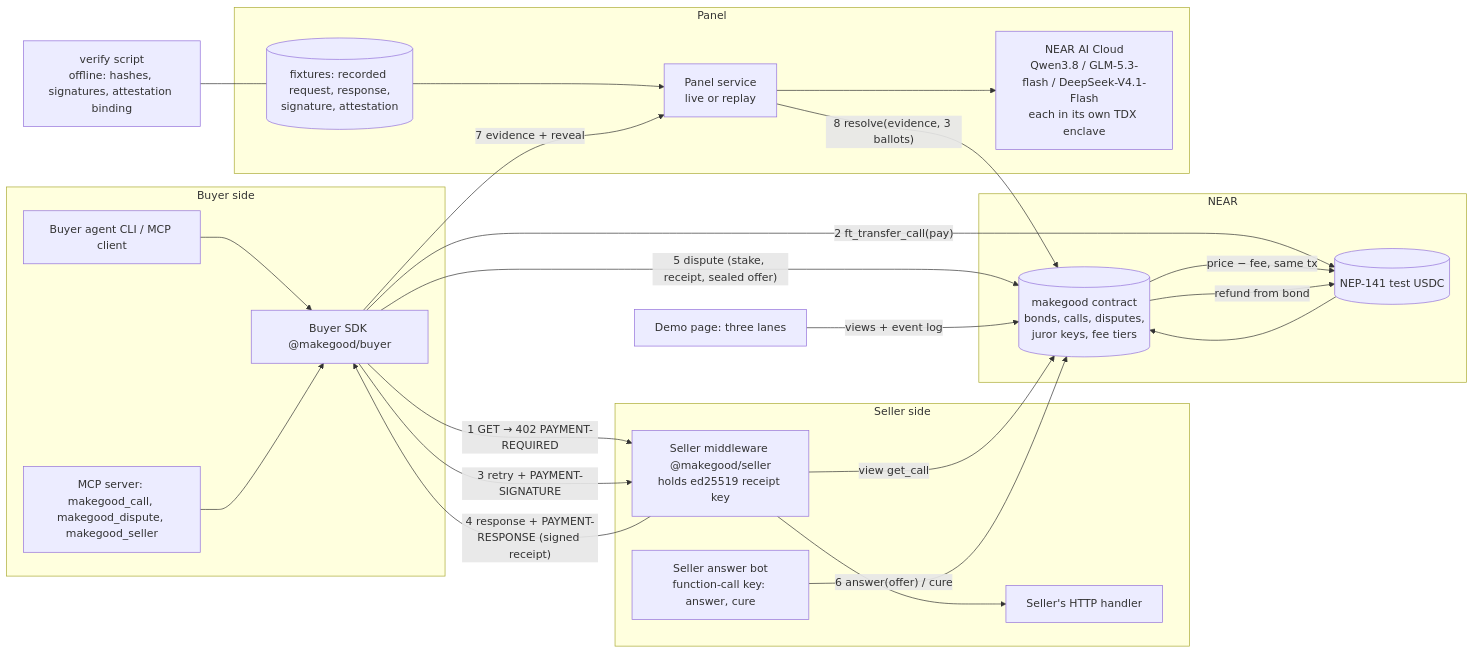
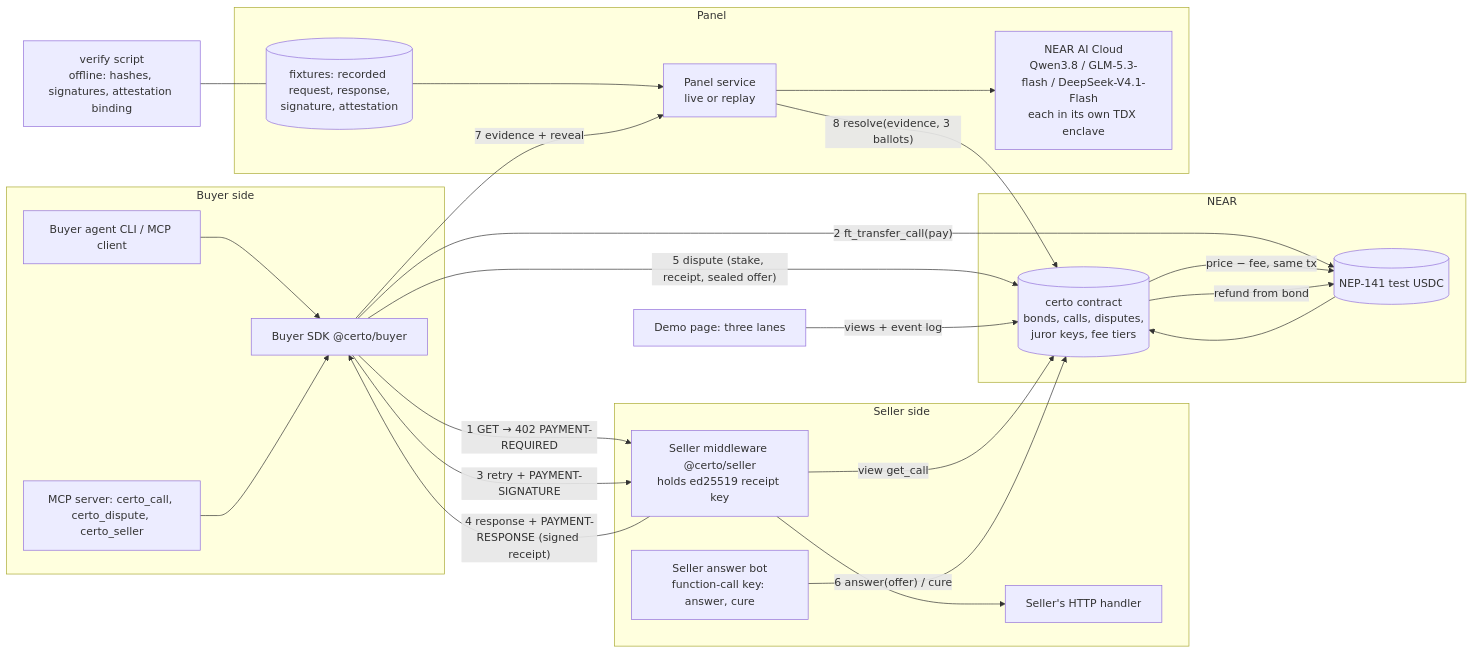
Before and after one commit to natgurlain/certo: the diagram in docs/DESIGN.md, drawn with Mermaid. The commit also changed other lines of this file and 105 other files, not shown here.

First line of the commit message:
Rename Makegood to Certo; guards run at most three pairs at once

````diff
--- a/docs/DESIGN.md
+++ b/docs/DESIGN.md
@@ -191,32 +192,32 @@
 ```mermaid
 flowchart LR
   subgraph Buyer side
-    AG[Buyer agent CLI / MCP client] --> SDK[Buyer SDK @makegood/buyer]
-    MCP[MCP server: makegood_call, makegood_dispute, makegood_seller] --> SDK
+    AG[Buyer agent CLI / MCP client] --> SDK[Buyer SDK @certo/buyer]
+    MCP[MCP server: certo_call, certo_dispute, certo_seller] --> SDK
   end
   subgraph Seller side
-    MW[Seller middleware @makegood/seller<br/>holds ed25519 receipt key] --> API[Seller's HTTP handler]
+    MW[Seller middleware @certo/seller<br/>holds ed25519 receipt key] --> API[Seller's HTTP handler]
     SA[Seller answer bot<br/>function-call key: answer, cure]
   end
   subgraph NEAR
-    C[(makegood contract<br/>bonds, calls, disputes,<br/>juror keys, fee tiers)]
+    C[(certo contract<br/>bonds, calls, disputes,<br/>juror keys, fee tiers)]
     T[(NEP-141 test USDC)]
   end
   subgraph Panel
     PS[Panel service<br/>live or replay] --> NAI[NEAR AI Cloud<br/>Qwen3.8 / GLM-5.3-flash / DeepSeek-V4.1-Flash<br/>each in its own TDX enclave]
     FX[(fixtures: recorded request, response,<br/>signature, attestation)] --> PS
   end
   SDK -- "1 GET → 402 PAYMENT-REQUIRED" --> MW
   SDK -- "2 ft_transfer_call(pay)" --> T --> C
   C -- "price − fee, same tx" --> T
   SDK -- "3 retry + PAYMENT-SIGNATURE" --> MW
   MW -- "view get_call" --> C
   MW -- "4 response + PAYMENT-RESPONSE (signed receipt)" --> SDK
   SDK -- "5 dispute (stake, receipt, sealed offer)" --> C
   SA -- "6 answer(offer) / cure" --> C
   SDK -- "7 evidence + reveal" --> PS
   PS -- "8 resolve(evidence, 3 ballots)" --> C
   C -- "refund from bond" --> T
   V[verify script<br/>offline: hashes, signatures, attestation binding] --- FX
   UI[Demo page: three lanes] -- "views + event log" --> C
 ```
````
